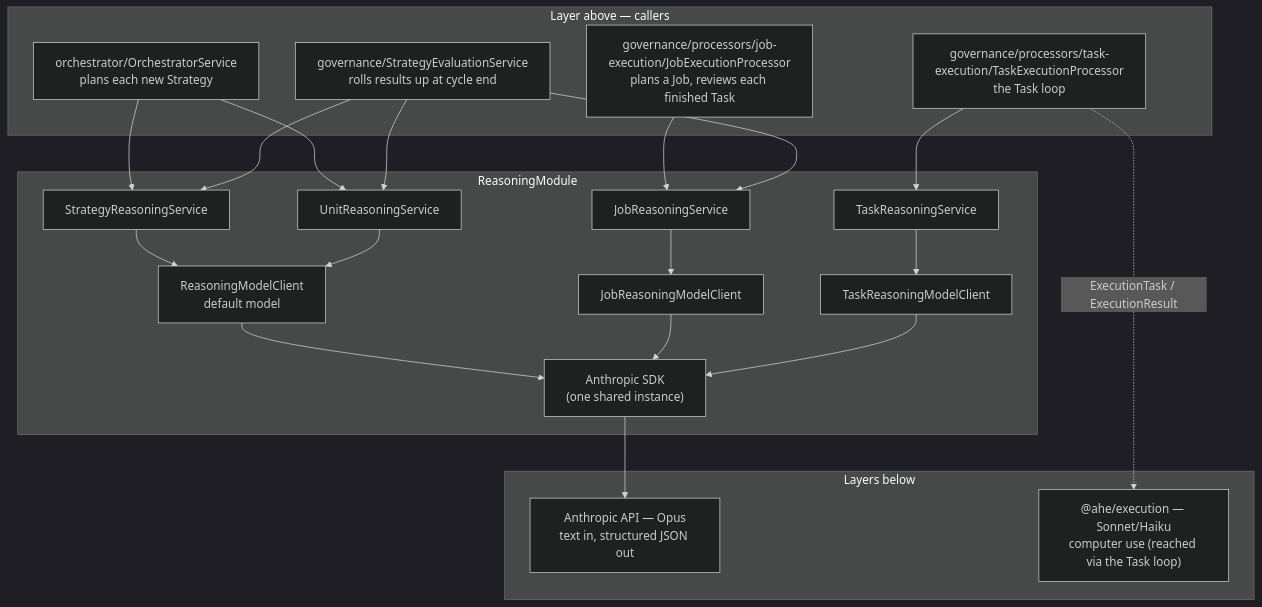
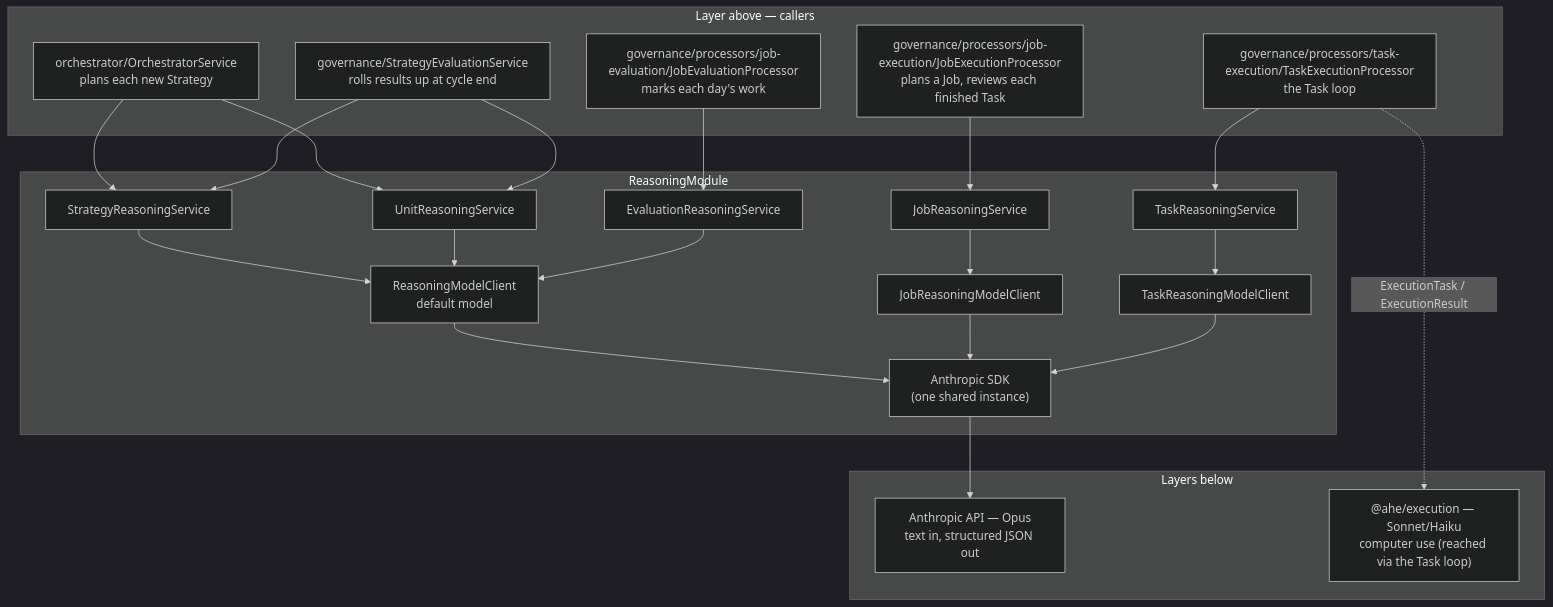
The first of 6 diagrams in packages/backend/src/reasoning/tech-spec.md (BaraaSoft/agentcores), drawn with Mermaid (dark theme) before and after one commit. The commit also changed other lines of this file and 46 other files, not shown here.

First line of the commit message:
Add job evaluation module and processor for enhanced job assessments

````diff
--- a/packages/backend/src/reasoning/tech-spec.md
+++ b/packages/backend/src/reasoning/tech-spec.md
@@ -23,36 +24,39 @@
 ```mermaid
 flowchart TB
     subgraph Above["Layer above — callers"]
         Orch["orchestrator/OrchestratorService<br/>plans each new Strategy"]
         JobExec["governance/processors/job-execution/JobExecutionProcessor<br/>plans a Job, reviews each finished Task"]
         Evaluation["governance/StrategyEvaluationService<br/>rolls results up at cycle end"]
+        JobEval["governance/processors/job-evaluation/JobEvaluationProcessor<br/>marks each day's work"]
         TaskExec["governance/processors/task-execution/TaskExecutionProcessor<br/>the Task loop"]
     end
 
     subgraph Reasoning["ReasoningModule"]
         S["StrategyReasoningService"]
         U["UnitReasoningService"]
         J["JobReasoningService"]
         T["TaskReasoningService"]
+        E["EvaluationReasoningService"]
         Client["ReasoningModelClient<br/>default model"]
         JClient["JobReasoningModelClient"]
         TClient["TaskReasoningModelClient"]
         SDK["Anthropic SDK<br/>(one shared instance)"]
-        S & U --> Client
+        S & U & E --> Client
         J --> JClient
         T --> TClient
         Client & JClient & TClient --> SDK
     end
 
     subgraph Below["Layers below"]
         Anthropic["Anthropic API — Opus<br/>text in, structured JSON out"]
         Execution["@ahe/execution — Sonnet/Haiku<br/>computer use (reached via the Task loop)"]
     end
 
     Orch --> S & U
     JobExec --> J
-    Evaluation --> J & U & S
+    JobEval --> E
+    Evaluation --> U & S
     TaskExec --> T
     SDK --> Anthropic
     TaskExec -. "ExecutionTask / ExecutionResult" .-> Execution
 ```
````
